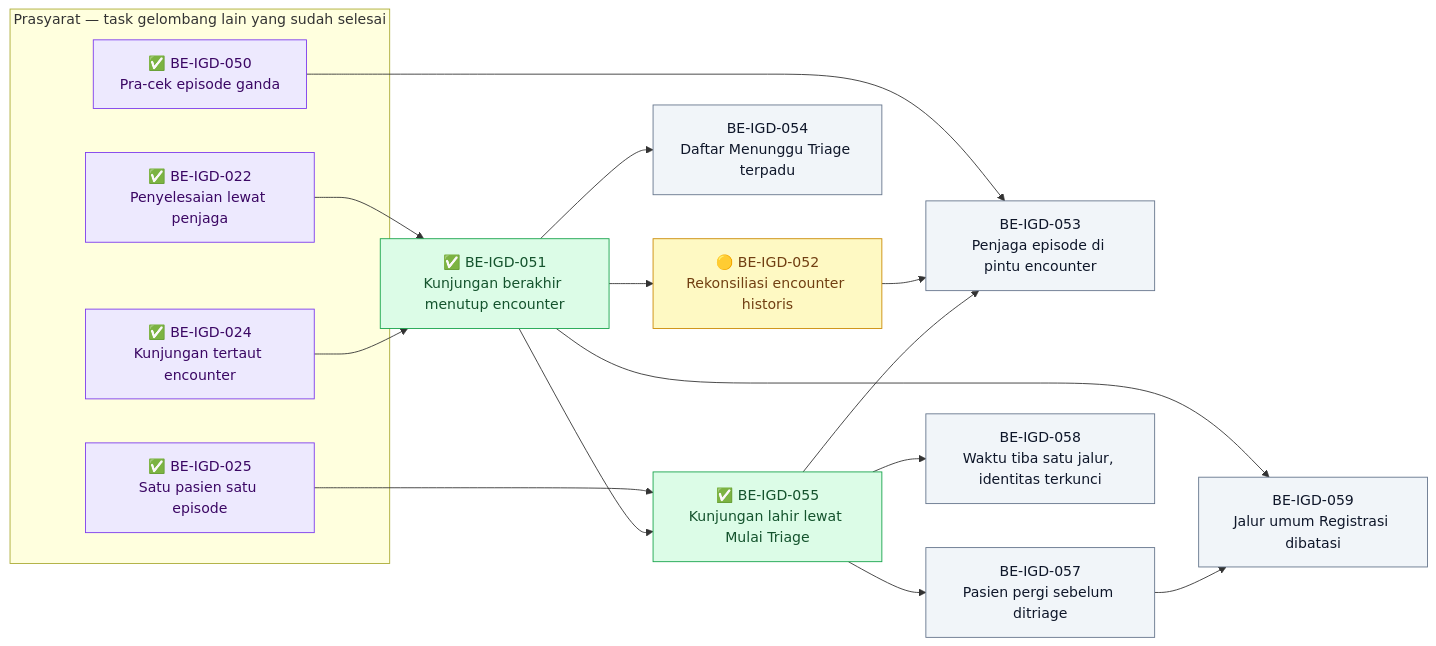
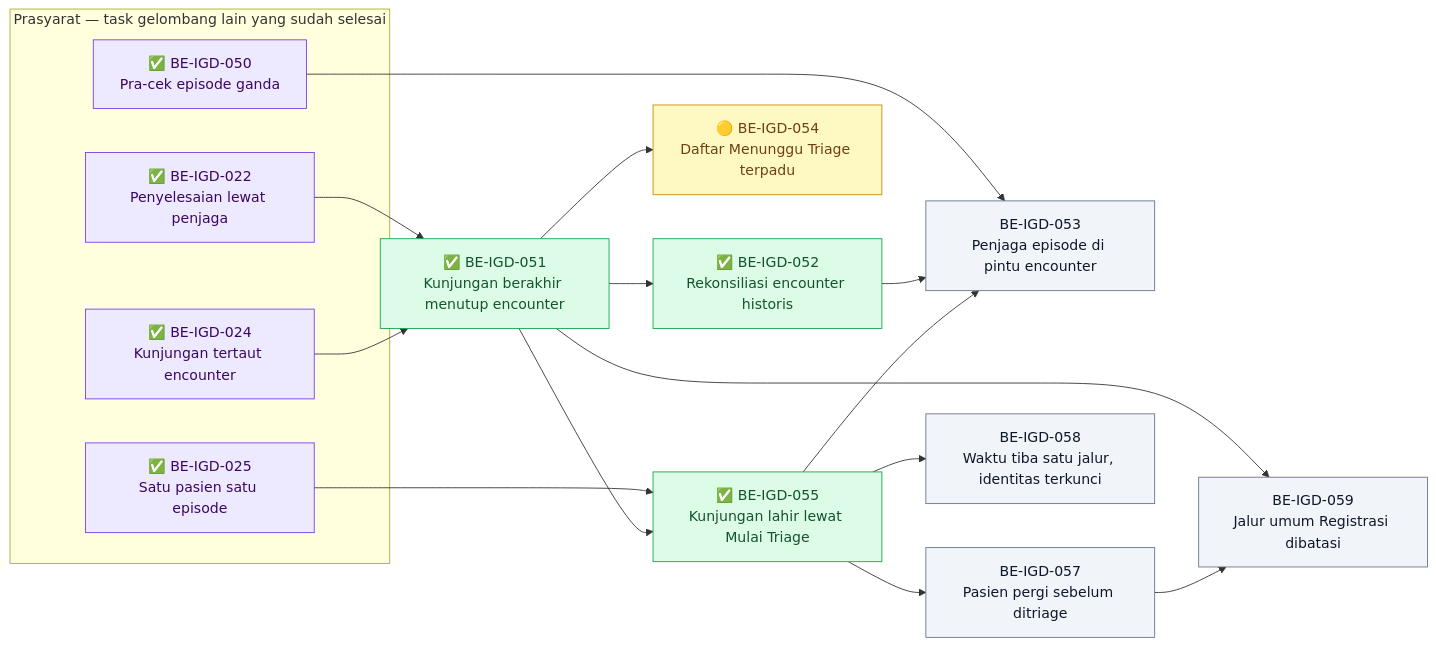
Before and after one commit to DevBenari/NewQuilvianSystemBackend: the tenth of 12 diagrams in docs/module-blueprints/igd/roadmap/backend-roadmap.md, drawn with Mermaid. The commit also changed other lines of this file and 6 other files, not shown here.

````diff
--- a/docs/module-blueprints/igd/roadmap/backend-roadmap.md
+++ b/docs/module-blueprints/igd/roadmap/backend-roadmap.md
@@ -1986,38 +1986,38 @@
 ```mermaid
 flowchart LR
     classDef selesai fill:#DCFCE7,stroke:#16A34A,color:#14532D
     classDef sebagian fill:#FEF9C3,stroke:#CA8A04,color:#713F12
     classDef terblokir fill:#FEE2E2,stroke:#DC2626,color:#7F1D1D
     classDef belum fill:#F1F5F9,stroke:#64748B,color:#0F172A
     classDef luar fill:#EDE9FE,stroke:#7C3AED,color:#3B0764
 
     subgraph prasyarat["Prasyarat — task gelombang lain yang sudah selesai"]
         BEIGD022["✅ BE-IGD-022<br/>Penyelesaian lewat penjaga"]:::luar
         BEIGD024["✅ BE-IGD-024<br/>Kunjungan tertaut encounter"]:::luar
         BEIGD025["✅ BE-IGD-025<br/>Satu pasien satu episode"]:::luar
         BEIGD050["✅ BE-IGD-050<br/>Pra-cek episode ganda"]:::luar
     end
 
     BEIGD051["✅ BE-IGD-051<br/>Kunjungan berakhir menutup encounter"]:::selesai
-    BEIGD052["🟡 BE-IGD-052<br/>Rekonsiliasi encounter historis"]:::sebagian
-    BEIGD054["BE-IGD-054<br/>Daftar Menunggu Triage terpadu"]:::belum
+    BEIGD052["✅ BE-IGD-052<br/>Rekonsiliasi encounter historis"]:::selesai
+    BEIGD054["🟡 BE-IGD-054<br/>Daftar Menunggu Triage terpadu"]:::sebagian
     BEIGD055["✅ BE-IGD-055<br/>Kunjungan lahir lewat Mulai Triage"]:::selesai
     BEIGD053["BE-IGD-053<br/>Penjaga episode di pintu encounter"]:::belum
     BEIGD057["BE-IGD-057<br/>Pasien pergi sebelum ditriage"]:::belum
     BEIGD058["BE-IGD-058<br/>Waktu tiba satu jalur, identitas terkunci"]:::belum
     BEIGD059["BE-IGD-059<br/>Jalur umum Registrasi dibatasi"]:::belum
 
     BEIGD022 --> BEIGD051
     BEIGD024 --> BEIGD051
     BEIGD051 --> BEIGD052
     BEIGD051 --> BEIGD054
     BEIGD025 --> BEIGD055
     BEIGD051 --> BEIGD055
     BEIGD050 --> BEIGD053
     BEIGD052 --> BEIGD053
     BEIGD055 --> BEIGD053
     BEIGD055 --> BEIGD057
     BEIGD055 --> BEIGD058
     BEIGD051 --> BEIGD059
     BEIGD057 --> BEIGD059
 ```
````
